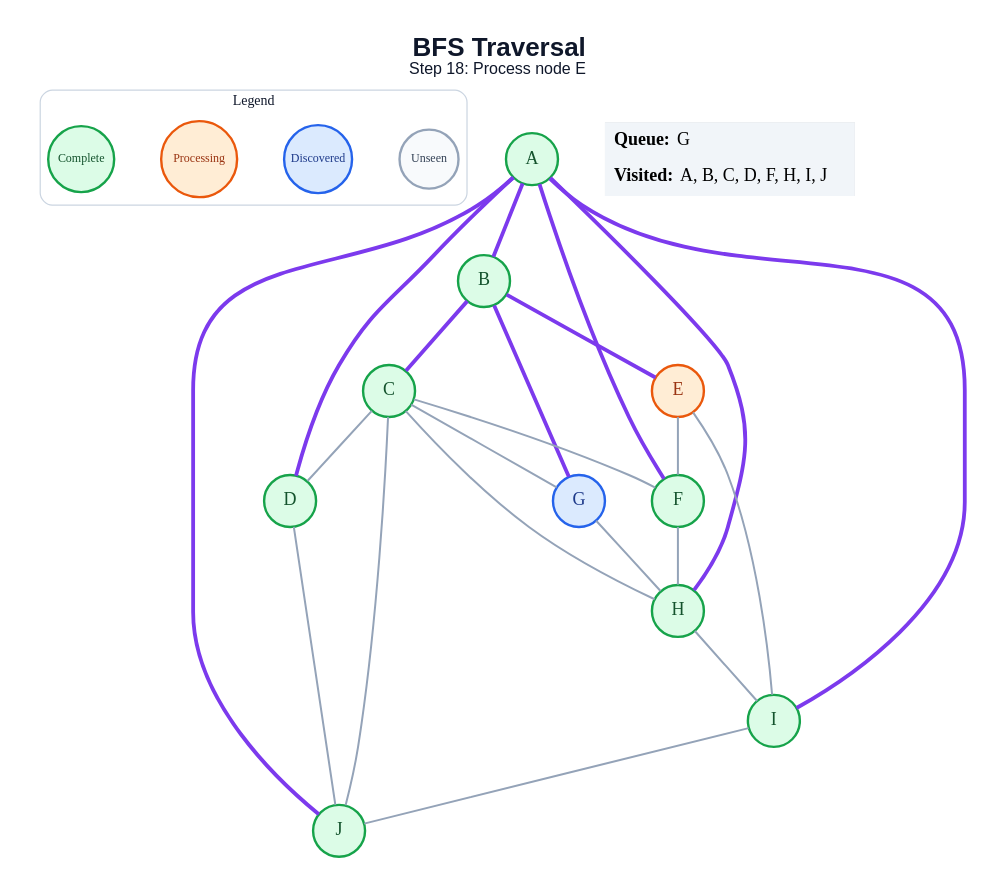
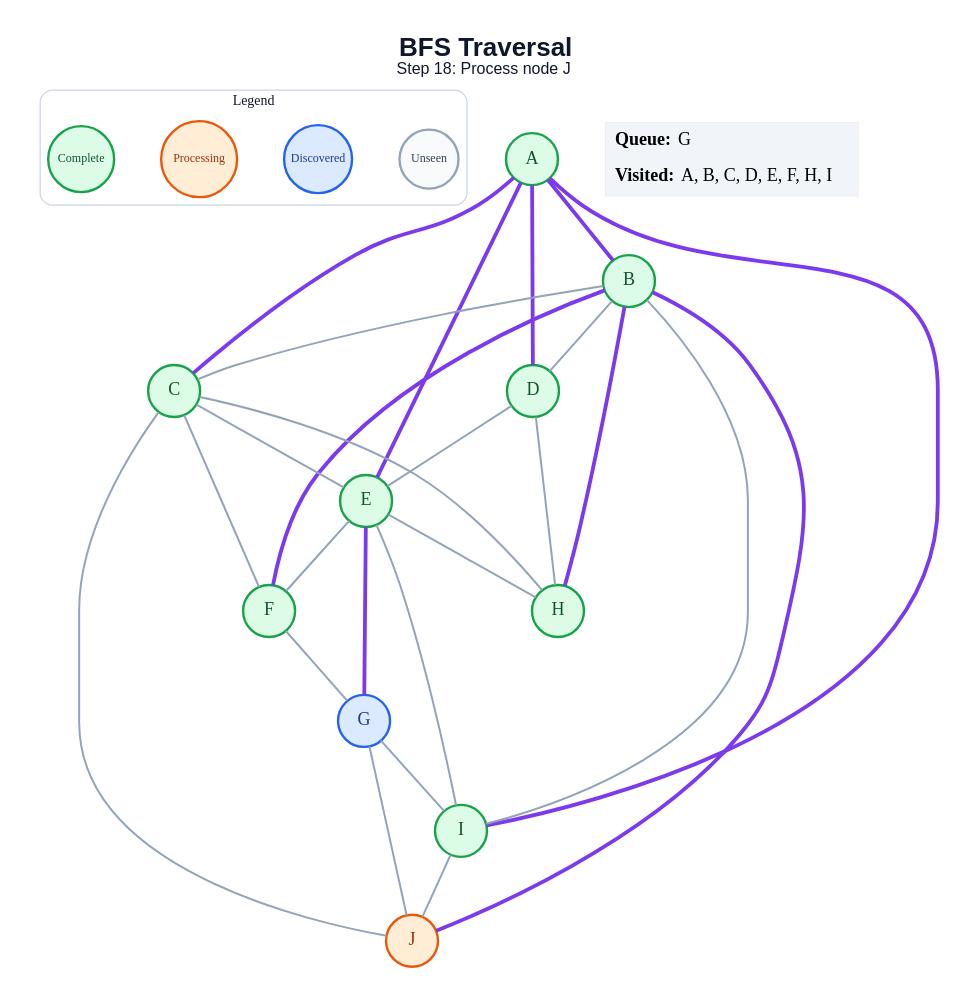
One commit to anon7238593-create/ai-slop changed the diagram in generated/bfs/step_18.dot. Above: the diagram before and after it, drawn with Graphviz. The commit also changed 178 other files, not shown here.

```diff
--- a/generated/bfs/step_18.dot
+++ b/generated/bfs/step_18.dot
@@ -1,50 +1,54 @@
 graph traversal {
   graph [layout=dot, rankdir=TB, bgcolor="#FFFFFF", pad="0.35", nodesep="0.65", ranksep="0.8", fontname="Arial"];
   node [shape=circle, style="filled", fontname="Arial Bold", fontsize=18, width=0.72, fixedsize=true, penwidth=2.4];
   edge [color="#94A3B8", penwidth=2.0];
-  label=<<B>BFS Traversal</B><BR/><FONT POINT-SIZE="16">Step 18: Process node E</FONT>>; labelloc="t"; fontsize=26; fontname="Arial"; fontcolor="#0F172A";
+  label=<<B>BFS Traversal</B><BR/><FONT POINT-SIZE="16">Step 18: Process node J</FONT>>; labelloc="t"; fontsize=26; fontname="Arial"; fontcolor="#0F172A";
   subgraph cluster_legend { label="Legend"; color="#CBD5E1"; penwidth=1.2; style="rounded"; fontsize=14; fontname="Arial Bold";
     key_unseen [label="Unseen", fillcolor="#F8FAFC", color="#94A3B8", fontcolor="#334155", fontsize=12, width=0.82];
     key_frontier [label="Discovered", fillcolor="#DBEAFE", color="#2563EB", fontcolor="#1E3A8A", fontsize=12, width=0.95];
     key_current [label="Processing", fillcolor="#FFEDD5", color="#EA580C", fontcolor="#9A3412", fontsize=12, width=1.05];
     key_done [label="Complete", fillcolor="#DCFCE7", color="#16A34A", fontcolor="#14532D", fontsize=12, width=0.92];
     { rank=same; key_unseen; key_frontier; key_current; key_done; }
   }
   A [fillcolor="#DCFCE7", color="#16A34A", fontcolor="#14532D"];
   B [fillcolor="#DCFCE7", color="#16A34A", fontcolor="#14532D"];
   C [fillcolor="#DCFCE7", color="#16A34A", fontcolor="#14532D"];
   D [fillcolor="#DCFCE7", color="#16A34A", fontcolor="#14532D"];
-  E [fillcolor="#FFEDD5", color="#EA580C", fontcolor="#9A3412"];
+  E [fillcolor="#DCFCE7", color="#16A34A", fontcolor="#14532D"];
   F [fillcolor="#DCFCE7", color="#16A34A", fontcolor="#14532D"];
   G [fillcolor="#DBEAFE", color="#2563EB", fontcolor="#1E3A8A"];
   H [fillcolor="#DCFCE7", color="#16A34A", fontcolor="#14532D"];
   I [fillcolor="#DCFCE7", color="#16A34A", fontcolor="#14532D"];
-  J [fillcolor="#DCFCE7", color="#16A34A", fontcolor="#14532D"];
+  J [fillcolor="#FFEDD5", color="#EA580C", fontcolor="#9A3412"];
   A -- B [color="#7C3AED", penwidth=3.8];
+  A -- C [color="#7C3AED", penwidth=3.8];
   A -- D [color="#7C3AED", penwidth=3.8];
-  A -- F [color="#7C3AED", penwidth=3.8];
-  A -- H [color="#7C3AED", penwidth=3.8];
+  A -- E [color="#7C3AED", penwidth=3.8];
   A -- I [color="#7C3AED", penwidth=3.8];
-  A -- J [color="#7C3AED", penwidth=3.8];
-  B -- C [color="#7C3AED", penwidth=3.8];
-  B -- E [color="#7C3AED", penwidth=3.8];
-  B -- G [color="#7C3AED", penwidth=3.8];
-  C -- D;
+  B -- C;
+  B -- D;
+  B -- F [color="#7C3AED", penwidth=3.8];
+  B -- H [color="#7C3AED", penwidth=3.8];
+  B -- I;
+  B -- J [color="#7C3AED", penwidth=3.8];
+  C -- E;
   C -- F;
-  C -- G;
   C -- H;
   C -- J;
-  D -- J;
+  D -- E;
+  D -- H;
   E -- F;
+  E -- G [color="#7C3AED", penwidth=3.8];
+  E -- H;
   E -- I;
-  F -- H;
-  G -- H;
-  H -- I;
+  F -- G;
+  G -- I;
+  G -- J;
   I -- J;
   status [shape=plain, fixedsize=false, width=0, height=0, margin=0, label=<
     <TABLE BORDER="0" CELLBORDER="0" CELLPADDING="7" BGCOLOR="#F1F5F9">
       <TR><TD ALIGN="LEFT"><B>Queue:</B> G</TD></TR>
-      <TR><TD ALIGN="LEFT"><B>Visited:</B> A, B, C, D, F, H, I, J</TD></TR>
+      <TR><TD ALIGN="LEFT"><B>Visited:</B> A, B, C, D, E, F, H, I</TD></TR>
     </TABLE>
   >];
 }
```
